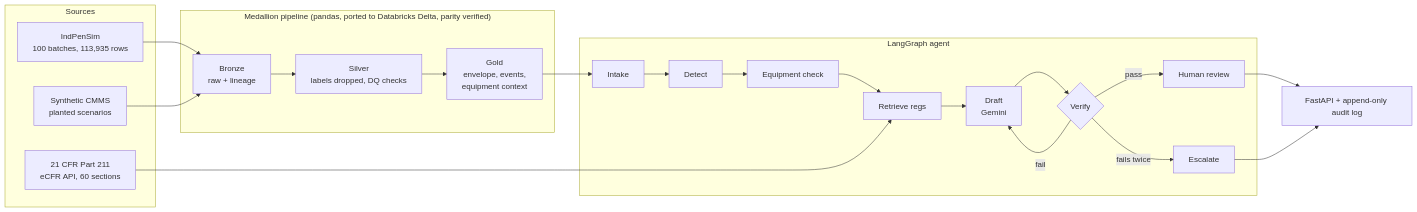
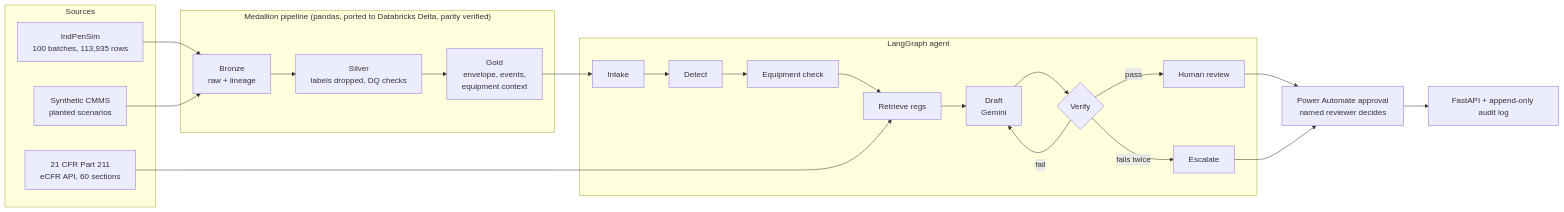
The diagram in README.md (Yashaswi35/batchguard), drawn with Mermaid before and after one commit. The commit also changed other lines of this file and 5 other files, not shown here.

Commit message:
Route reviews to Power Automate approvals with token-checked callback (#11)

````diff
--- a/README.md
+++ b/README.md
@@ -32,23 +32,24 @@
 ```mermaid
 flowchart LR
   subgraph Sources
     A[IndPenSim<br/>100 batches, 113,935 rows]
     B[Synthetic CMMS<br/>planted scenarios]
     R[21 CFR Part 211<br/>eCFR API, 60 sections]
   end
   subgraph Pipeline["Medallion pipeline (pandas, ported to Databricks Delta, parity verified)"]
     BR[Bronze<br/>raw + lineage] --> SI[Silver<br/>labels dropped, DQ checks] --> GO[Gold<br/>envelope, events,<br/>equipment context]
   end
   subgraph Agent["LangGraph agent"]
     I[Intake] --> D[Detect] --> E[Equipment check] --> RR[Retrieve regs] --> DR[Draft<br/>Gemini] --> V{Verify}
     V -- pass --> H[Human review]
     V -- fail --> DR
     V -- fails twice --> X[Escalate]
   end
   A --> BR
   B --> BR
   GO --> I
   R --> RR
-  H --> API[FastAPI + append-only audit log]
-  X --> API
+  H --> PA[Power Automate approval<br/>named reviewer decides]
+  X --> PA
+  PA --> API[FastAPI + append-only audit log]
 ```
````
